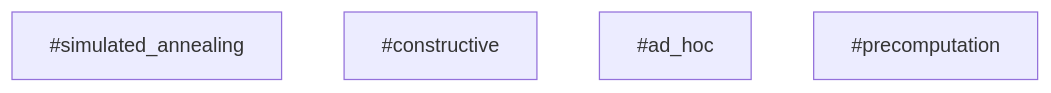
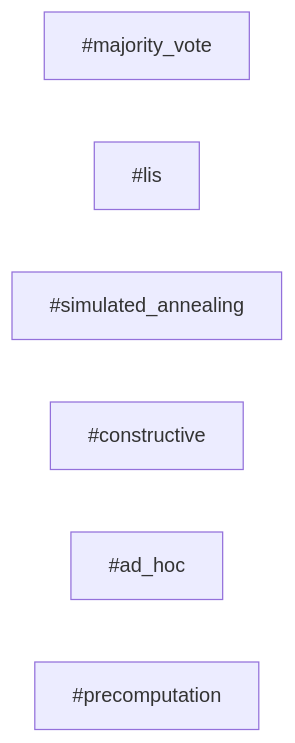
Diagram 16 of 16 in index.md (CHOYUNSIG/algorithm_with_boj), drawn with Mermaid before and after one commit. The commit also changed other lines of this file and 3 other files, not shown here.

```diff
--- a/index.md
+++ b/index.md
@@ -448,8 +441,10 @@
 <pre class="mermaid tag-connection-define">
-    graph TD
+    graph LR
 
+    #majority_vote
+    #lis
     #simulated_annealing
     #constructive
     #ad_hoc
     #precomputation
 </pre>
```
